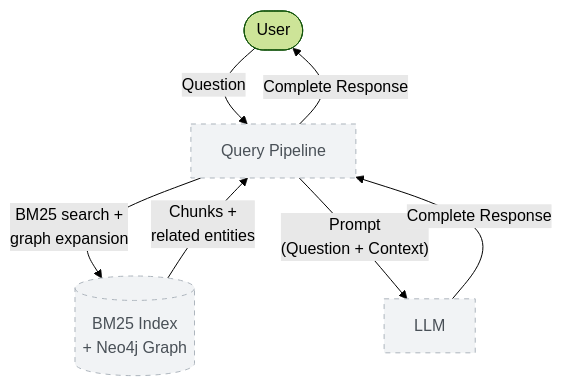
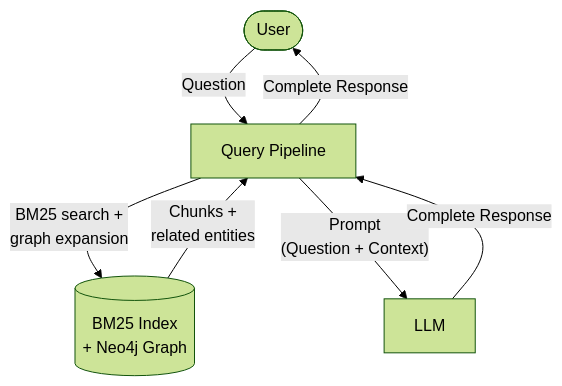
One commit to DimYiannis/Constrained-GraphRag changed the second of 2 diagrams in README.md. Above: the diagram before and after it, drawn with Mermaid (forest theme). The commit also changed other lines of this file, not shown here.

````diff
--- a/README.md
+++ b/README.md
@@ -80,19 +76,18 @@
 ```mermaid
 flowchart TB
     user(["User"])
     app["Query Pipeline"]
     store[("BM25 Index<br/>+ Neo4j Graph")]
     llm["LLM"]
 
     user -- "Question" --> app
     app -- "Complete Response" --> user
 
     app -- "BM25 search +<br/>graph expansion" --> store
     store -- "Chunks +<br/>related entities" --> app
 
     app -- "Prompt<br/>(Question + Context)" --> llm
     llm -- "Complete Response" --> app
 
-    classDef planned fill:#f1f3f5,stroke:#adb5bd,color:#495057,stroke-dasharray: 5 5;
-    class app,store,llm planned;
+
 ```
````
